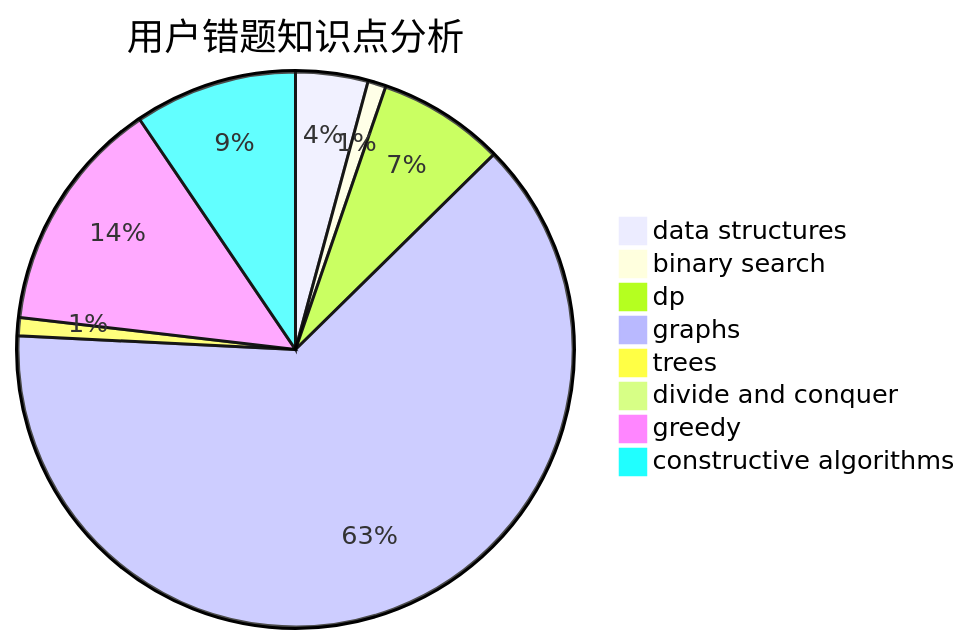
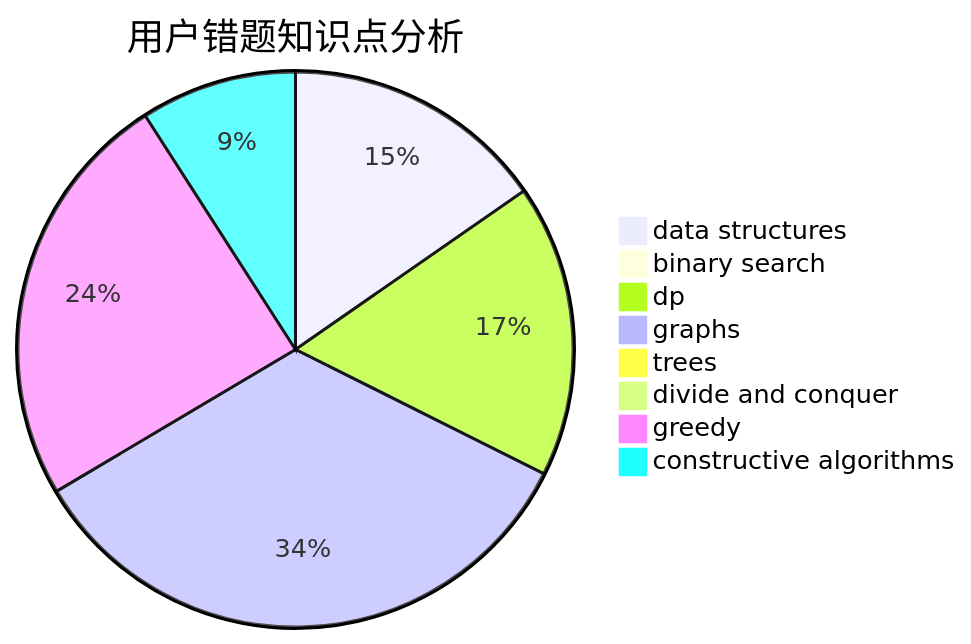
One commit to sherpahu/cfrs.github.io changed the third of 3 diagrams in docs/user/u702.md. Above: the diagram before and after it, drawn with Mermaid. The commit also changed other lines of this file and 2770 other files, not shown here.

````diff
--- a/docs/user/u702.md
+++ b/docs/user/u702.md
@@ -36,11 +36,11 @@
 ```mermaid
 pie title 用户错题知识点分析
-    "data structures" :  4
+    "data structures" :  27
     "binary search" :  1
-    "dp" :  7
+    "dp" :  30
     "graphs" :  60
     "trees" :  1
     "divide and conquer" :  0
-    "greedy" :  13
-    "constructive algorithms" :  9
+    "greedy" :  43
+    "constructive algorithms" :  16
 ```
````
